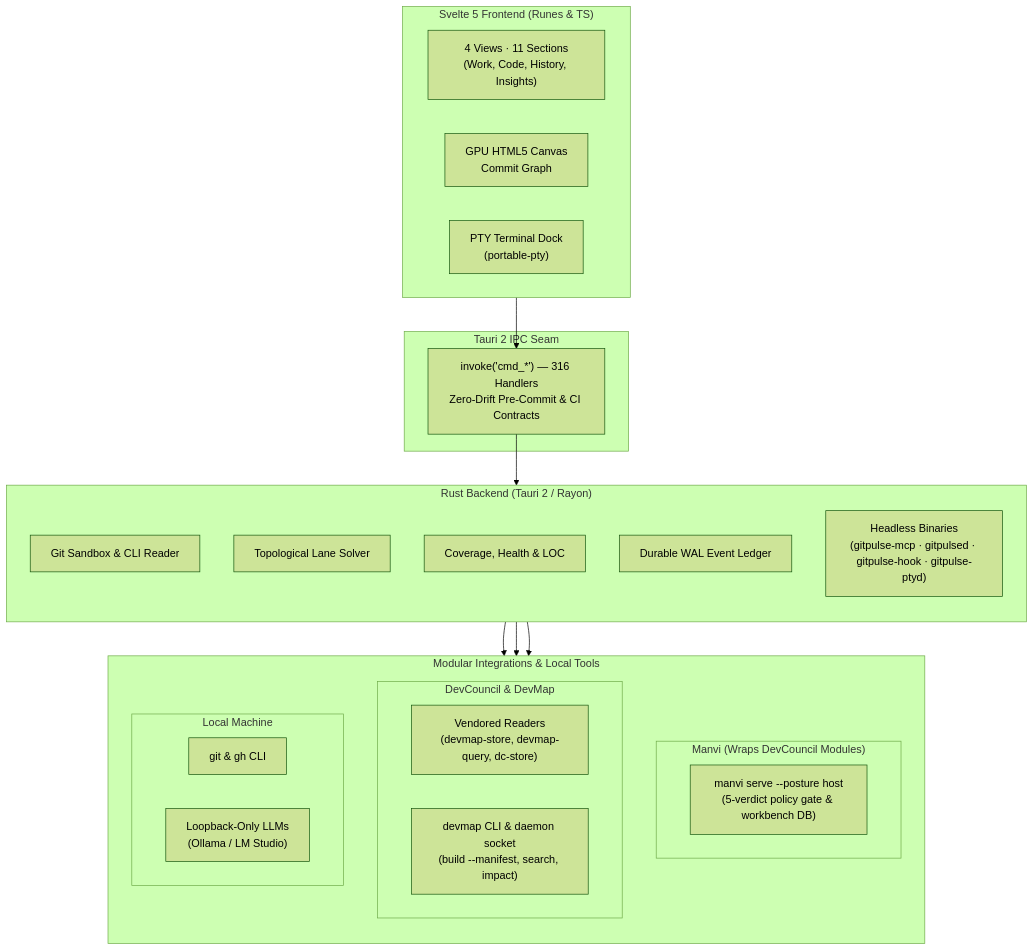
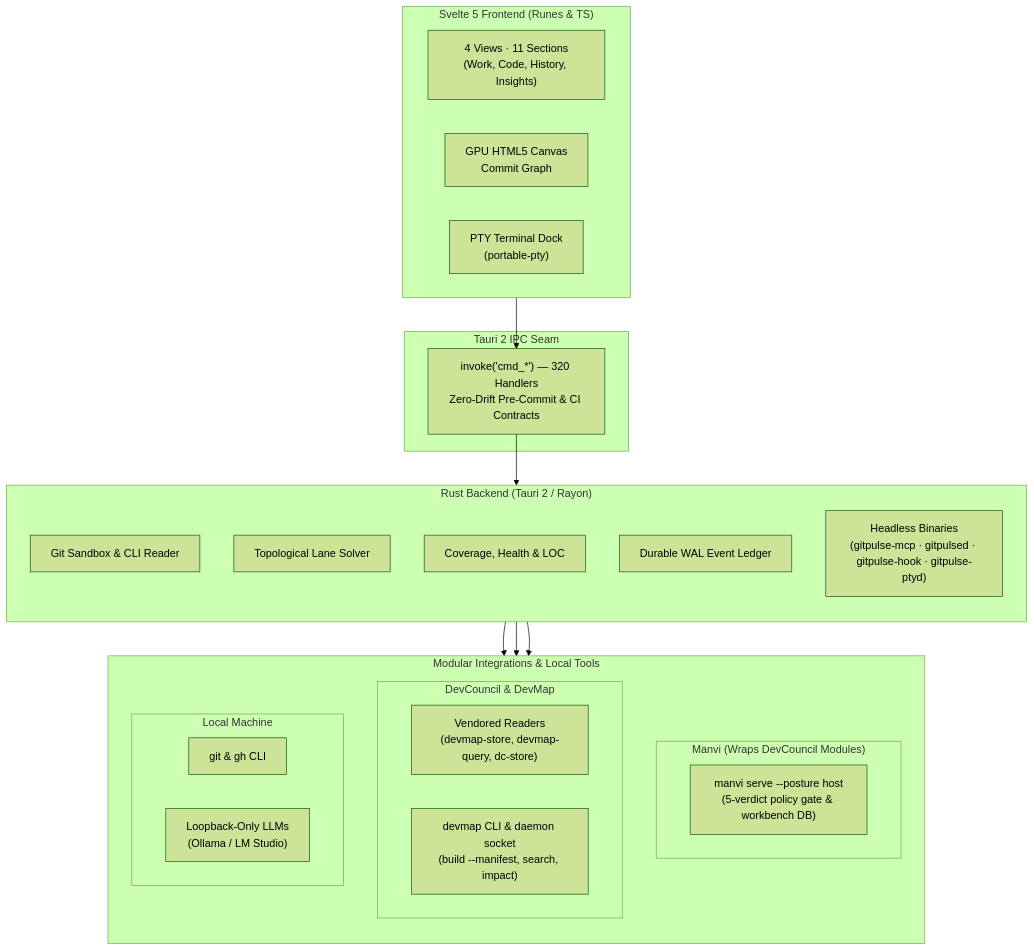
Before and after one commit to bharathvbcr/GitPulse: the diagram in README.md, drawn with Mermaid (forest theme). The commit also changed 57 other files, not shown here.

````diff
--- a/README.md
+++ b/README.md
@@ -126,43 +126,43 @@
 ```mermaid
 flowchart TB
     subgraph Frontend["Svelte 5 Frontend (Runes & TS)"]
         direction LR
         Views["4 Views · 11 Sections<br/>(Work, Code, History, Insights)"]
         Canvas["GPU HTML5 Canvas<br/>Commit Graph"]
         TerminalDock["PTY Terminal Dock<br/>(portable-pty)"]
     end
 
     subgraph IPC["Tauri 2 IPC Seam"]
-        Bridge["invoke('cmd_*') — 316 Handlers<br/>Zero-Drift Pre-Commit & CI Contracts"]
+        Bridge["invoke('cmd_*') — 320 Handlers<br/>Zero-Drift Pre-Commit & CI Contracts"]
     end
 
     subgraph Backend["Rust Backend (Tauri 2 / Rayon)"]
         direction TB
         GitEngine["Git Sandbox & CLI Reader"]
         LaneSolver["Topological Lane Solver"]
         Analyzers["Coverage, Health & LOC"]
         Ledger["Durable WAL Event Ledger"]
         Headless["Headless Binaries<br/>(gitpulse-mcp · gitpulsed · gitpulse-hook · gitpulse-ptyd)"]
     end
 
     subgraph Integrations["Modular Integrations & Local Tools"]
         direction TB
         subgraph ManviWrap["Manvi (Wraps DevCouncil Modules)"]
             ManviSidecar["manvi serve --posture host<br/>(5-verdict policy gate & workbench DB)"]
         end
         subgraph DevCouncilMods["DevCouncil & DevMap"]
             Vendored["Vendored Readers<br/>(devmap-store, devmap-query, dc-store)"]
             DevMapCLI["devmap CLI & daemon socket<br/>(build --manifest, search, impact)"]
         end
         subgraph LocalTools["Local Machine"]
             CLI["git & gh CLI"]
             LocalLLM["Loopback-Only LLMs<br/>(Ollama / LM Studio)"]
         end
     end
 
     Frontend --> Bridge
     Bridge --> Backend
     Backend --> ManviWrap
     Backend --> DevCouncilMods
     Backend --> LocalTools
 ```
````
